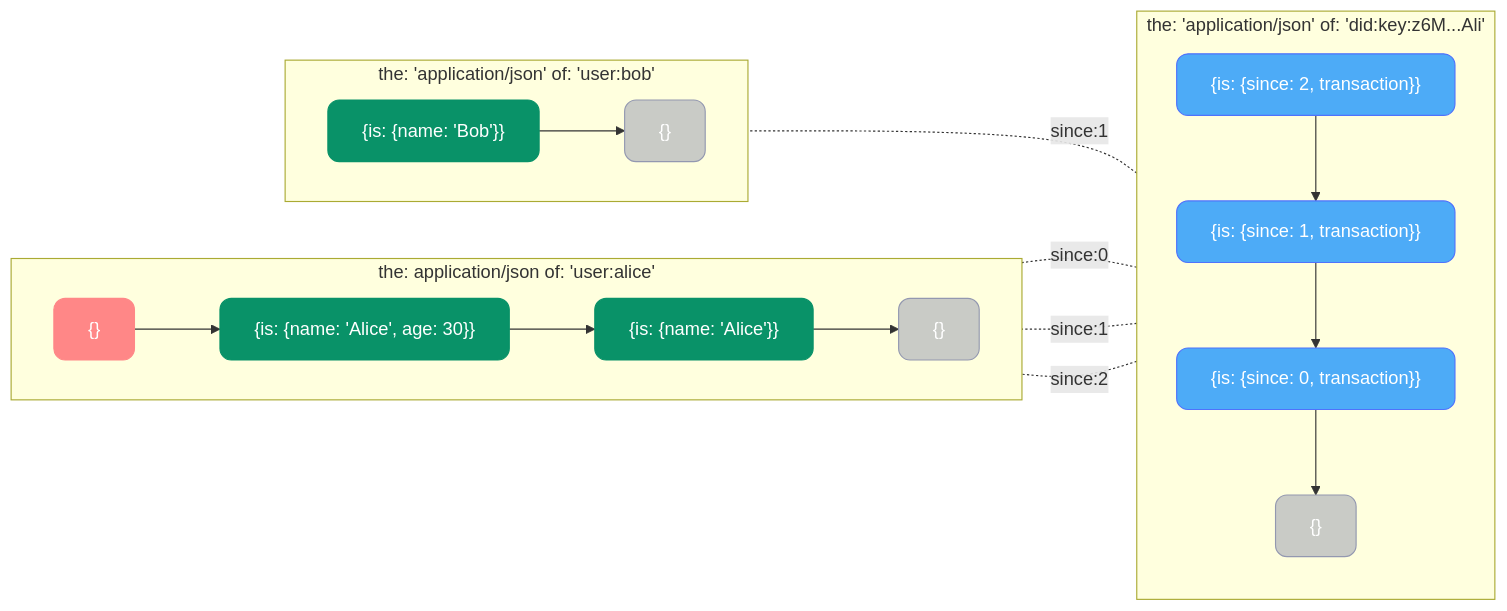
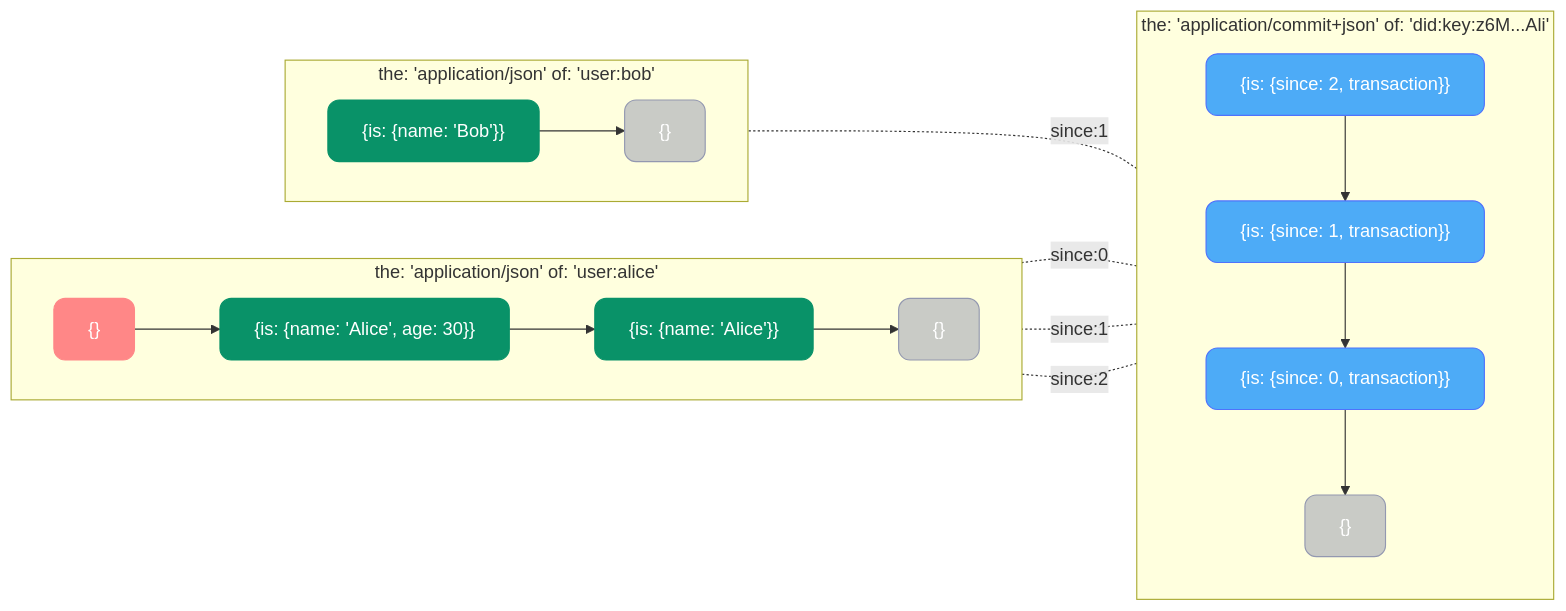
One commit to commontoolsinc/RFC changed the first of 3 diagrams in rfc/space.md. Above: the diagram before and after it, drawn with Mermaid.

Commit message:
Apply suggestions from code review

````diff
--- a/rfc/space.md
+++ b/rfc/space.md
@@ -98,51 +98,51 @@
 ```mermaid
 graph RL
     classDef commit fill:#4DABF7,stroke:#4F72FC,stroke-width:1px,color:#fff,rx:10,ry:10
     classDef fact fill:#099268,stroke:#099268,stroke-width:1px,color:#fff,rx:10,ry:10
     classDef retraction fill:#FF8787,stroke:#FF8787,stroke-width:1px,color:#fff,rx:10,ry:10
     classDef genesis fill:#9398B080,stroke:#9398B0,stroke-width:1px,color:#fff,rx:10,ry:10
     classDef note fill:none,stroke:none
 
     %% Fact Chains
-    subgraph UserAlice["the:&nbsp;application/json&nbsp;of:&nbsp;'user:alice'"]
+    subgraph UserAlice["the:&nbsp;'application/json'&nbsp;of:&nbsp;'user:alice'"]
         direction LR
         VF1["{}"]:::genesis
         F1["{is: {name: 'Alice'}}"]:::fact
         F2["{is: {name: 'Alice', age: 30}}"]:::fact
         F3["{}"]:::retraction
 
         F1 --> VF1
         F2 --> F1
         F3 --> F2
     end
 
     %% Commit Chain
-    subgraph TransactionLog["the:&nbsp;'application/json'&nbsp;of:&nbsp;'did:key:z6M...Ali'"]
+    subgraph TransactionLog["the:&nbsp;'application/commit+json'&nbsp;of:&nbsp;'did:key:z6M...Ali'"]
         direction TB
         VC["{}"]:::genesis
         C1["{is: {since: 0, transaction}}"]:::commit
         C2["{is: {since: 1, transaction}}"]:::commit
         C3["{is: {since: 2, transaction}}"]:::commit
 
         C1 --> VC
         C2 --> C1
         C3 --> C2
     end
 
 
 
     subgraph UserBob["the:&nbsp;'application/json'&nbsp;of:&nbsp;'user:bob'"]
         direction LR
         VF2["{}"]:::genesis
         F4["{is: {name: 'Bob'}}"]:::fact
 
         F4 --> VF2
     end
 
 
     %% Transaction relationships
     C1 -.-|since:0| F1
     C2 -.-|since:1| F2
     C2 -.-|since:1| F4
     C3 -.-|since:2| F3
 ```
````
